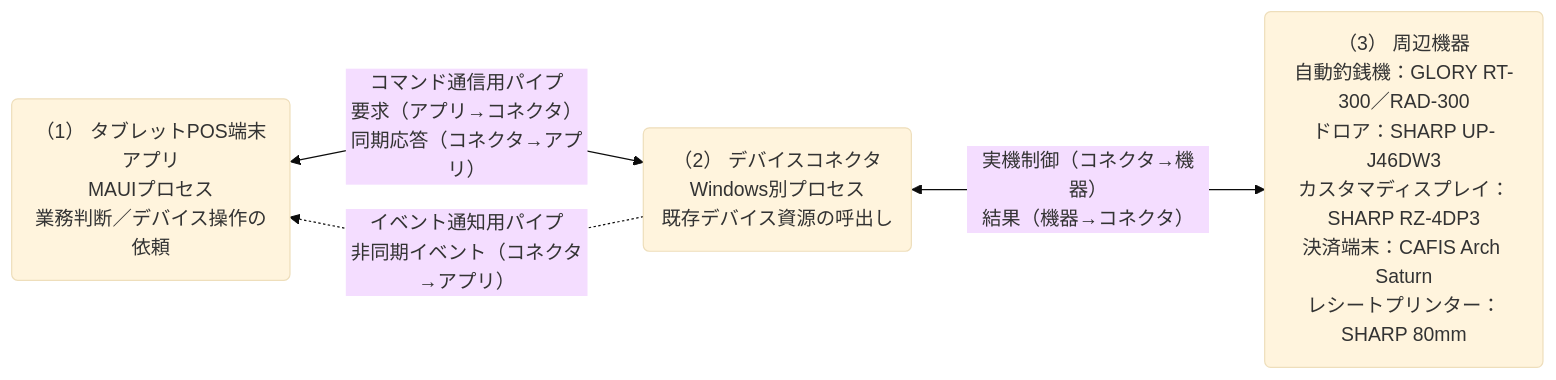
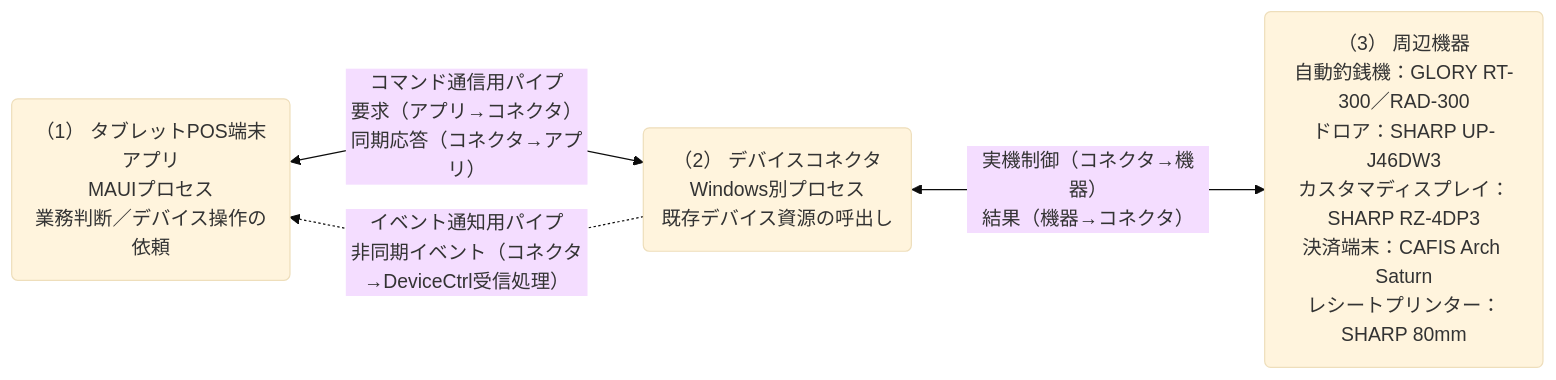
One commit to vti-sam/smj-ks-pos-stored changed the first of 3 diagrams in artifacts/reports/architecture/ARCH-HOST-01_タブレットPOS_デバイスコネクタ基本設計書/ARCH-HOST-01_タブレットPOS_デバイスコネクタ基本設計書.md. Above: the diagram before and after it, drawn with Mermaid (base theme). The commit also changed other lines of this file and 131 other files, not shown here.

````diff
--- a/artifacts/reports/architecture/ARCH-HOST-01_タブレットPOS_デバイスコネクタ基本設計書/ARCH-HOST-01_タブレットPOS_デバイスコネクタ基本設計書.md
+++ b/artifacts/reports/architecture/ARCH-HOST-01_タブレットPOS_デバイスコネクタ基本設計書/ARCH-HOST-01_タブレットPOS_デバイスコネクタ基本設計書.md
@@ -254,23 +259,23 @@
 ```mermaid
 %%{init: {"flowchart": {"defaultRenderer": "dagre", "curve": "linear", "nodeSpacing": 54, "rankSpacing": 92}}}%%
 %% diagram-profile=system-context
 flowchart LR
     %% legend-bind class.app=（1）タブレットPOS端末アプリ
     %% legend-bind class.host=（2）デバイスコネクタ
     %% legend-bind class.device=（3）周辺機器
     %% legend-bind edge.default=◀━━▶ コマンド通信
     %% legend-bind edge.1=┄┄▶ 非同期イベント
     %% legend-bind edge.2=◀━━▶ 実機制御
     %% legend-bind label=コネクターラベル
     APP("（1） タブレットPOS端末アプリ<br/>MAUIプロセス<br/>業務判断／デバイス操作の依頼")
     HOST("（2） デバイスコネクタ<br/>Windows別プロセス<br/>既存デバイス資源の呼出し")
     DEVICE("（3） 周辺機器<br/>自動釣銭機：GLORY RT-300／RAD-300<br/>ドロア：SHARP UP-J46DW3<br/>カスタマディスプレイ：SHARP RZ-4DP3<br/>決済端末：CAFIS Arch Saturn<br/>レシートプリンター：SHARP 80mm")
 
     APP <-->|コマンド通信用パイプ<br/>要求（アプリ→コネクタ）<br/>同期応答（コネクタ→アプリ）| HOST
-    HOST -.->|イベント通知用パイプ<br/>非同期イベント（コネクタ→アプリ）| APP
+    HOST -.->|イベント通知用パイプ<br/>非同期イベント（コネクタ→DeviceCtrl受信処理）| APP
     HOST <-->|実機制御（コネクタ→機器）<br/>結果（機器→コネクタ）| DEVICE
 
     class APP app
     class HOST host
     class DEVICE device
 ```
````
